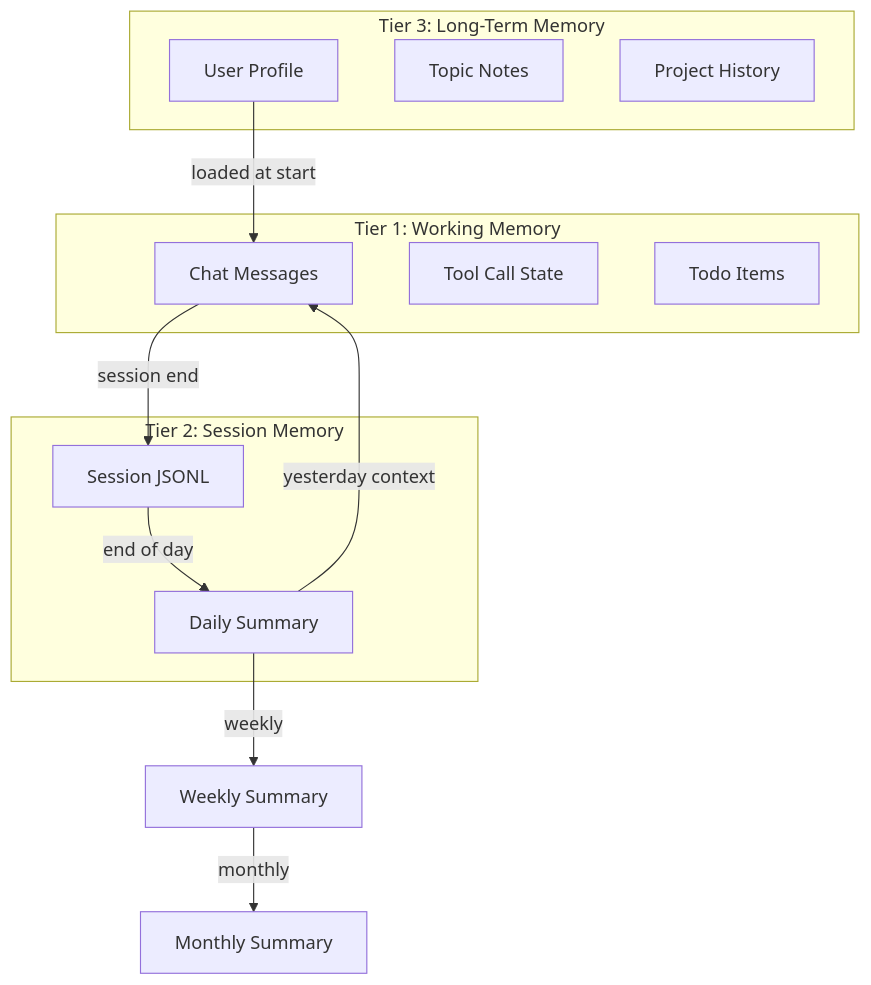
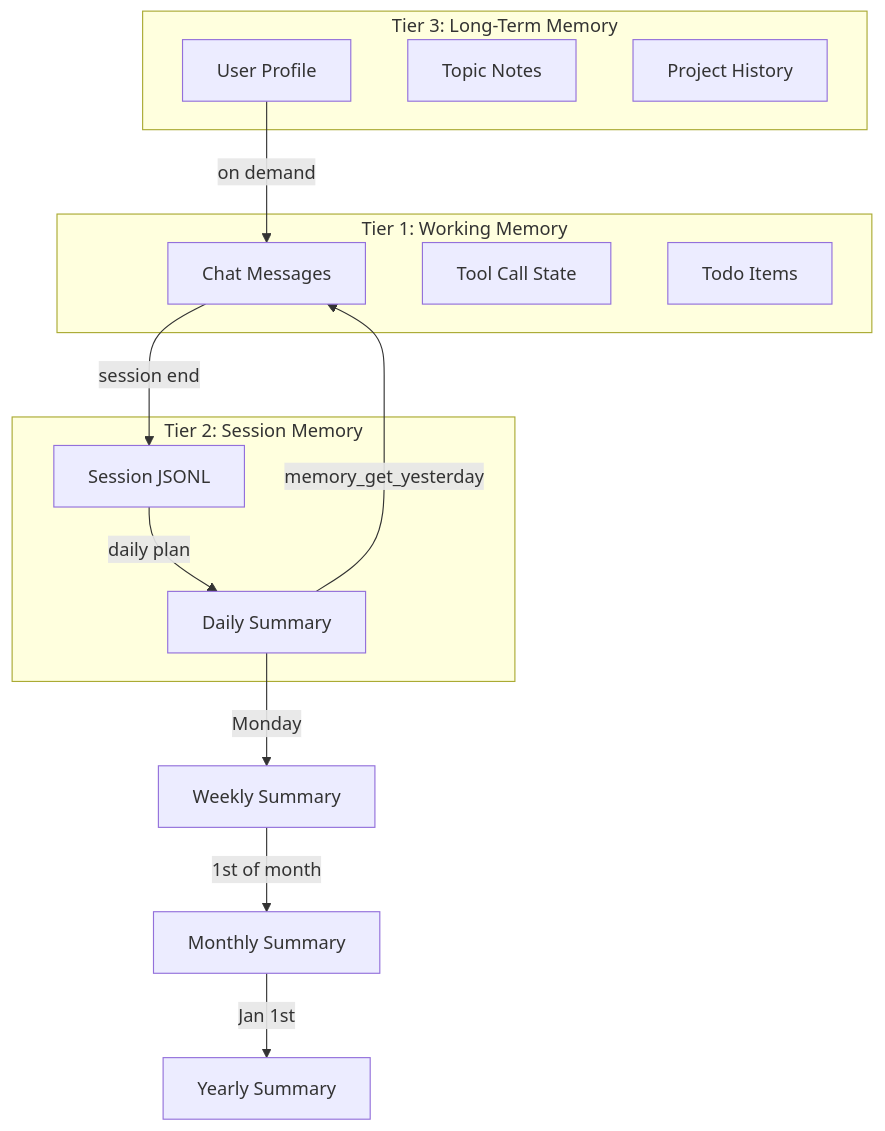
One commit to lalalic/neox changed the first of 2 diagrams in docs/design-memory-reports.md. Above: the diagram before and after it, drawn with Mermaid. The commit also changed other lines of this file, not shown here.

Commit message:
docs: update memory-reports design — single Plan, yearly reports, all tools implemented

````diff
--- a/docs/design-memory-reports.md
+++ b/docs/design-memory-reports.md
@@ -9,27 +9,28 @@
 ```mermaid
 flowchart TB
     subgraph "Tier 1: Working Memory"
         A[Chat Messages]
         B[Tool Call State]
         C[Todo Items]
     end
     
     subgraph "Tier 2: Session Memory"
         D[Session JSONL]
         E[Daily Summary]
     end
     
     subgraph "Tier 3: Long-Term Memory"
         F[User Profile]
         G[Topic Notes]
         H[Project History]
     end
     
     A -->|session end| D
-    D -->|end of day| E
-    E -->|weekly| I[Weekly Summary]
-    I -->|monthly| J[Monthly Summary]
+    D -->|daily plan| E
+    E -->|Monday| I[Weekly Summary]
+    I -->|1st of month| J[Monthly Summary]
+    J -->|Jan 1st| K[Yearly Summary]
     
-    F -->|loaded at start| A
-    E -->|"yesterday context"| A
+    F -->|on demand| A
+    E -->|memory_get_yesterday| A
 ```
````
